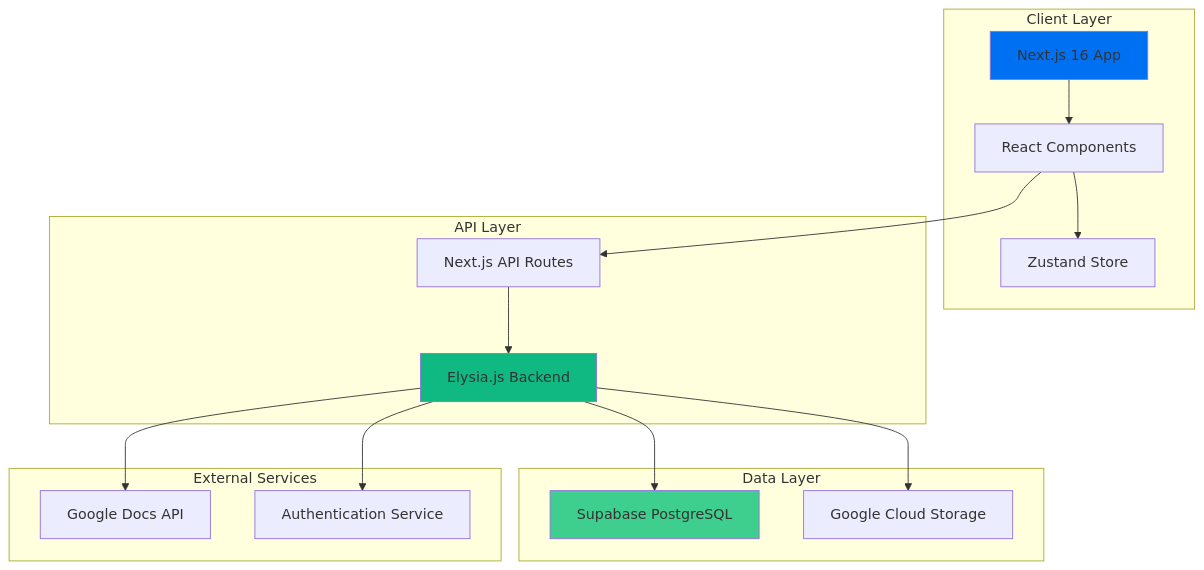
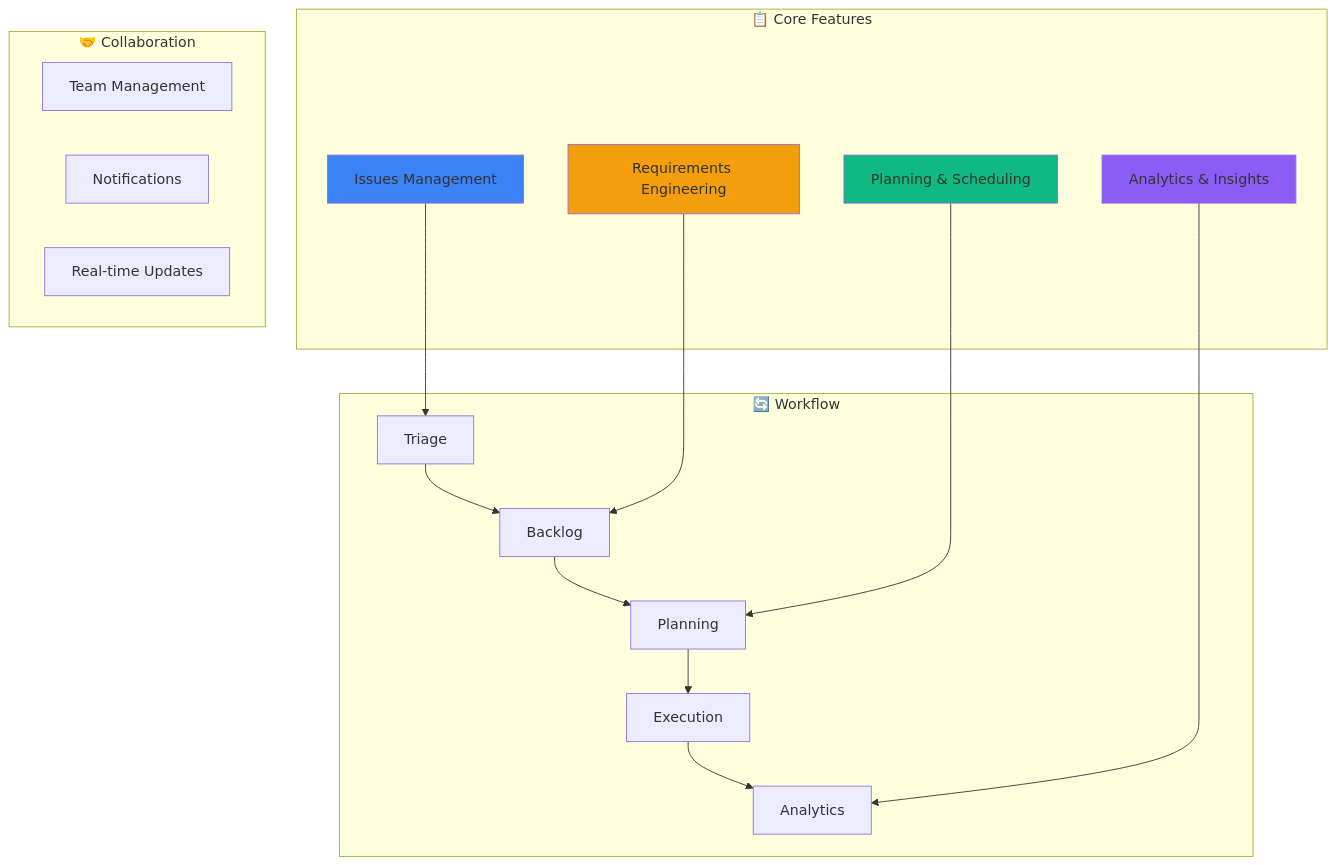
Before and after one commit to amertarva/amertask: the first of 14 diagrams in README.md, drawn with Mermaid. The commit also changed other lines of this file and 150 other files, not shown here.

Commit message:
feat: implement comprehensive dashboard for requirements, SRS, planning, and Google Docs integration with full-stack support.

````diff
--- a/README.md
+++ b/README.md
@@ -194,36 +41,32 @@
 ```mermaid
 graph TB
-    subgraph "Client Layer"
-        A[Next.js 16 App]
-        B[React Components]
-        C[Zustand Store]
+    subgraph "📋 Core Features"
+        A[Issues Management]
+        B[Planning & Scheduling]
+        C[Requirements Engineering]
+        D[Analytics & Insights]
     end
 
-    subgraph "API Layer"
-        D[Next.js API Routes]
-        E[Elysia.js Backend]
+    subgraph "🔄 Workflow"
+        E[Triage] --> F[Backlog]
+        F --> G[Planning]
+        G --> H[Execution]
+        H --> I[Analytics]
     end
 
-    subgraph "Data Layer"
-        F[Supabase PostgreSQL]
-        G[Google Cloud Storage]
+    subgraph "🤝 Collaboration"
+        J[Team Management]
+        K[Notifications]
+        L[Real-time Updates]
     end
 
-    subgraph "External Services"
-        H[Google Docs API]
-        I[Authentication Service]
-    end
+    A --> E
+    B --> G
+    C --> F
+    D --> I
 
-    A --> B
-    B --> C
-    B --> D
-    D --> E
-    E --> F
-    E --> G
-    E --> H
-    E --> I
-
-    style A fill:#0070f3
-    style E fill:#10b981
-    style F fill:#3ecf8e
+    style A fill:#3b82f6
+    style B fill:#10b981
+    style C fill:#f59e0b
+    style D fill:#8b5cf6
 ```
````
